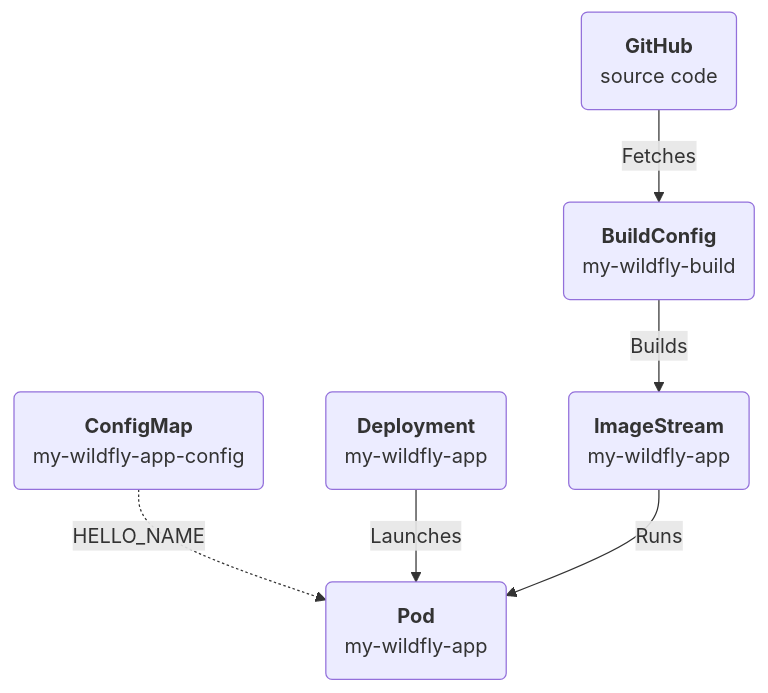
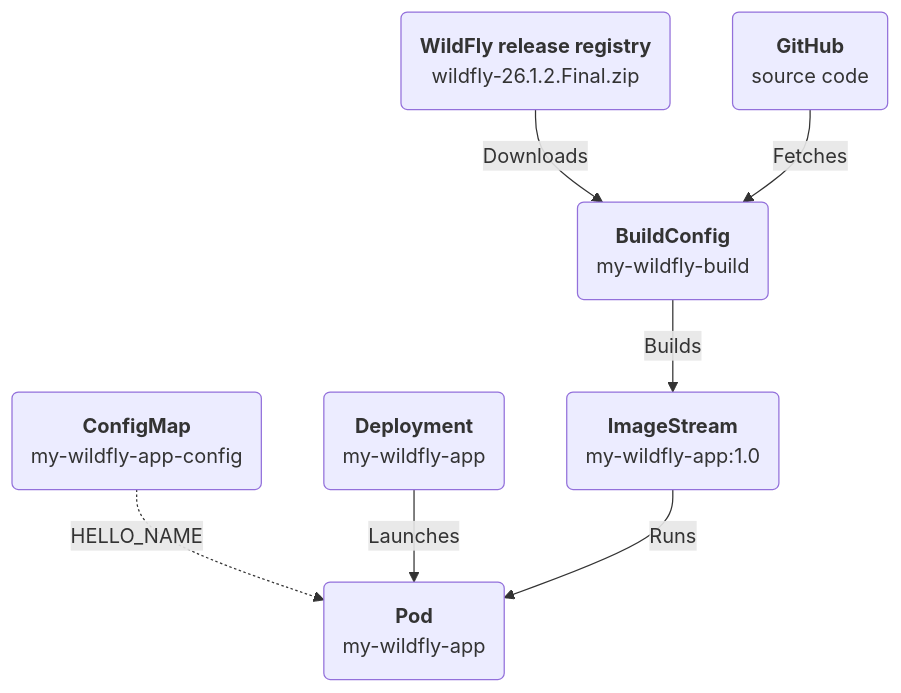
One commit to dmartinol/wildfly-app-on-openshift changed the diagram in README.md. Above: the diagram before and after it, drawn with Mermaid. The commit also changed other lines of this file, not shown here.

Commit message:
README updates

````diff
--- a/README.md
+++ b/README.md
@@ -9,15 +10,17 @@
 ```mermaid
 graph TD
+   wildfly-release(<b>WildFly release registry</b><br/>wildfly-26.1.2.Final.zip)
    my-wildfly-app-config(<b>ConfigMap</b><br/>my-wildfly-app-config)
    d:my-wildfly-app(<b>Deployment</b><br/>my-wildfly-app)
    pod:my-wildfly-app(<b>Pod</b><br/>my-wildfly-app)
    my-app-source(<b>GitHub</b><br/>source code)
    my-wildfly-build(<b>BuildConfig</b><br/>my-wildfly-build)
-   is:my-wildfly-app(<b>ImageStream</b><br/>my-wildfly-app)
+   is:my-wildfly-app(<b>ImageStream</b><br/>my-wildfly-app:1.0)
    
    my-wildfly-app-config -.HELLO_NAME.-> pod:my-wildfly-app
+   wildfly-release --Downloads--> my-wildfly-build
    my-app-source --Fetches--> my-wildfly-build
    my-wildfly-build --Builds-->is:my-wildfly-app
    d:my-wildfly-app --Launches-->pod:my-wildfly-app
    is:my-wildfly-app --Runs-->pod:my-wildfly-app
 ```
````
